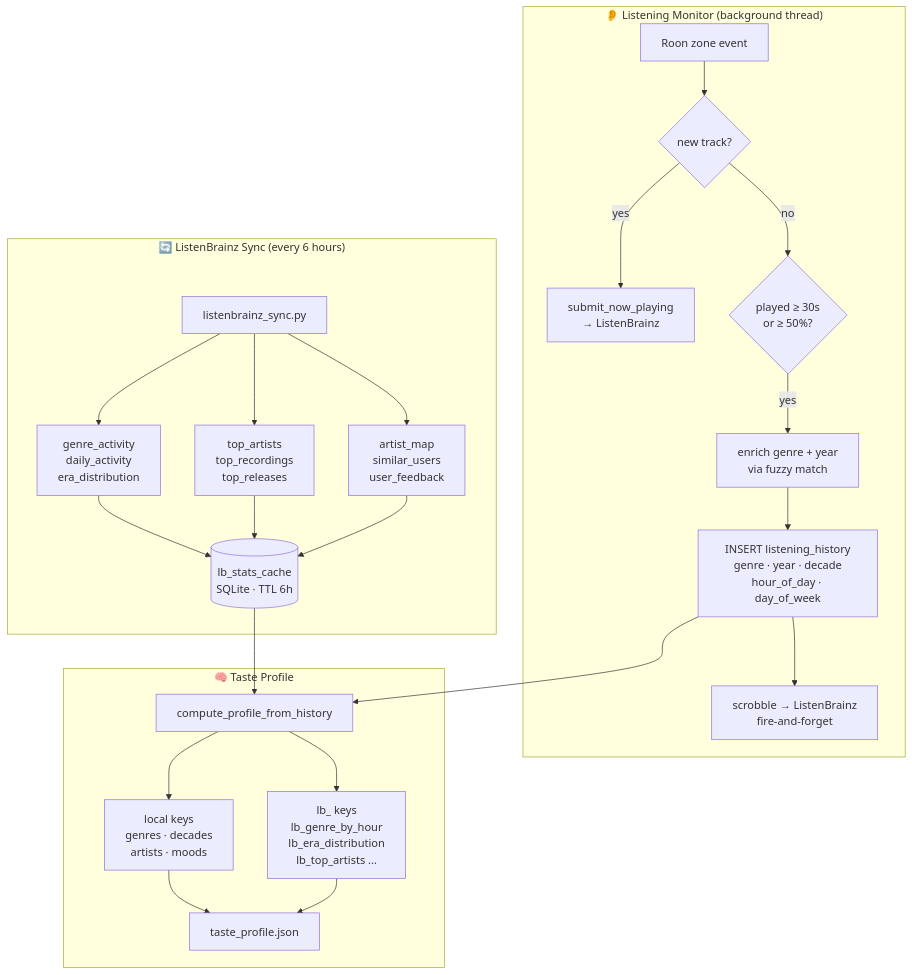
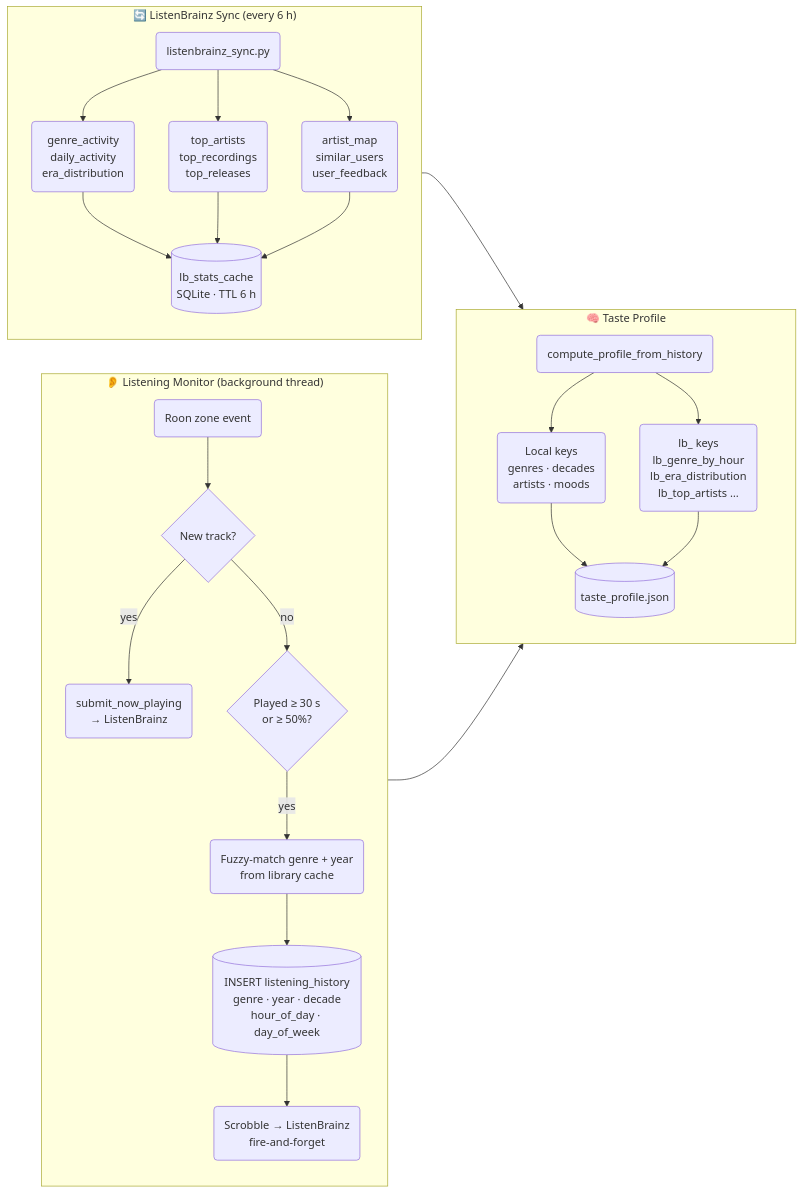
The fourth of 5 diagrams in README.md (Georgemvp/roonsage), drawn with Mermaid before and after one commit. The commit also changed other lines of this file, not shown here.

Commit message:
docs: README v6.0 redesign — Mermaid diagrams, ToC, collapsible API, screenshots

````diff
--- a/README.md
+++ b/README.md
@@ -164,27 +259,46 @@
 ```mermaid
-flowchart TD
-    subgraph Monitor ["👂 Listening Monitor (background thread)"]
-        Z1[Roon zone event] --> Z2{new track?}
-        Z2 -->|yes| Z3[submit_now_playing\n→ ListenBrainz]
-        Z2 -->|no| Z4{played ≥ 30s\nor ≥ 50%?}
-        Z4 -->|yes| Z5[enrich genre + year\nvia fuzzy match]
-        Z5 --> Z6[INSERT listening_history\ngenre · year · decade\nhour_of_day · day_of_week]
-        Z6 --> Z7[scrobble → ListenBrainz\nfire-and-forget]
+flowchart LR
+    subgraph monitor["👂 Listening Monitor (background thread)"]
+        direction TB
+        E1("Roon zone event")
+        E2{"New track?"}
+        E3("submit_now_playing<br/>→ ListenBrainz")
+        E4{"Played ≥ 30 s<br/>or ≥ 50%?"}
+        E5("Fuzzy-match genre + year<br/>from library cache")
+        E6[("INSERT listening_history<br/>genre · year · decade<br/>hour_of_day · day_of_week")]
+        E7("Scrobble → ListenBrainz<br/>fire-and-forget")
+
+        E1 --> E2
+        E2 -->|yes| E3
+        E2 -->|no| E4
+        E4 -->|yes| E5
+        E5 --> E6
+        E6 --> E7
     end
 
-    subgraph LBSync ["🔄 ListenBrainz Sync (every 6 hours)"]
-        S1[listenbrainz_sync.py] --> S2[genre_activity\ndaily_activity\nera_distribution]
-        S1 --> S3[top_artists\ntop_recordings\ntop_releases]
-        S1 --> S4[artist_map\nsimilar_users\nuser_feedback]
-        S2 & S3 & S4 --> S5[(lb_stats_cache\nSQLite · TTL 6h)]
+    subgraph lbsync["🔄 ListenBrainz Sync (every 6 h)"]
+        direction TB
+        S1("listenbrainz_sync.py")
+        S2("genre_activity<br/>daily_activity<br/>era_distribution")
+        S3("top_artists<br/>top_recordings<br/>top_releases")
+        S4("artist_map<br/>similar_users<br/>user_feedback")
+        S5[("lb_stats_cache<br/>SQLite · TTL 6 h")]
+
+        S1 --> S2 & S3 & S4
+        S2 & S3 & S4 --> S5
     end
 
-    subgraph Profile ["🧠 Taste Profile"]
-        P1[compute_profile_from_history] --> P2[local keys\ngenres · decades\nartists · moods]
-        P1 --> P3[lb_ keys\nlb_genre_by_hour\nlb_era_distribution\nlb_top_artists ...]
-        P2 & P3 --> P4[taste_profile.json]
+    subgraph profile["🧠 Taste Profile"]
+        direction TB
+        P1("compute_profile_from_history")
+        P2("Local keys<br/>genres · decades<br/>artists · moods")
+        P3("lb_ keys<br/>lb_genre_by_hour<br/>lb_era_distribution<br/>lb_top_artists …")
+        P4[("taste_profile.json")]
+
+        P1 --> P2 & P3
+        P2 & P3 --> P4
     end
 
-    Z6 --> P1
+    E6 --> P1
     S5 --> P1
 ```
````
